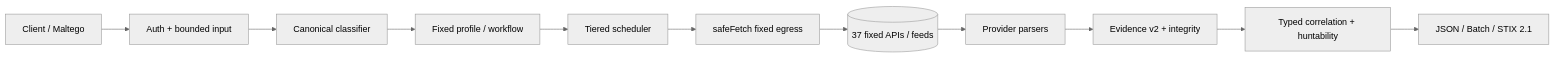
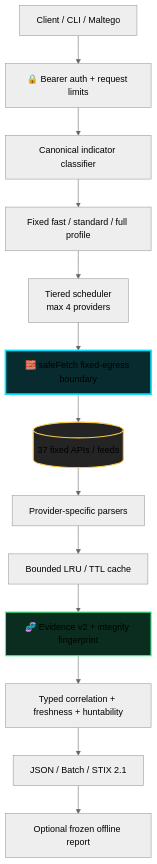
Before and after one commit to ger1e/cti-enrichment-gateway: the first of 5 diagrams in README.md, drawn with Mermaid (neutral theme). The commit also changed other lines of this file, not shown here.

Commit message:
docs: max out repository README

````diff
--- a/README.md
+++ b/README.md
@@ -14,13 +61,19 @@
 ```mermaid
-flowchart LR
-    A[Client / Maltego] --> B[Auth + bounded input]
-    B --> C[Canonical classifier]
-    C --> D[Fixed profile / workflow]
-    D --> E[Tiered scheduler]
-    E --> F[safeFetch fixed egress]
+flowchart TB
+    A[Client / CLI / Maltego] --> B[🔒 Bearer auth + request limits]
+    B --> C[Canonical indicator classifier]
+    C --> D[Fixed fast / standard / full profile]
+    D --> E[Tiered scheduler<br/>max 4 providers]
+    E --> F[🧱 safeFetch fixed-egress boundary]
     F --> P[(37 fixed APIs / feeds)]
-    P --> G[Provider parsers]
-    G --> H[Evidence v2 + integrity]
-    H --> I[Typed correlation + huntability]
-    I --> J[JSON / Batch / STIX 2.1]
+    P --> G[Provider-specific parsers]
+    G --> H[Bounded LRU / TTL cache]
+    H --> I[🧬 Evidence v2 + integrity fingerprint]
+    I --> J[Typed correlation + freshness + huntability]
+    J --> K[JSON / Batch / STIX 2.1]
+    K --> L[Optional frozen offline report]
+
+    style F fill:#082b2f,stroke:#00e5ff,stroke-width:3px
+    style I fill:#0b2d20,stroke:#39ff88,stroke-width:2px
+    style P fill:#242424,stroke:#f6c945,stroke-width:2px
 ```
````
